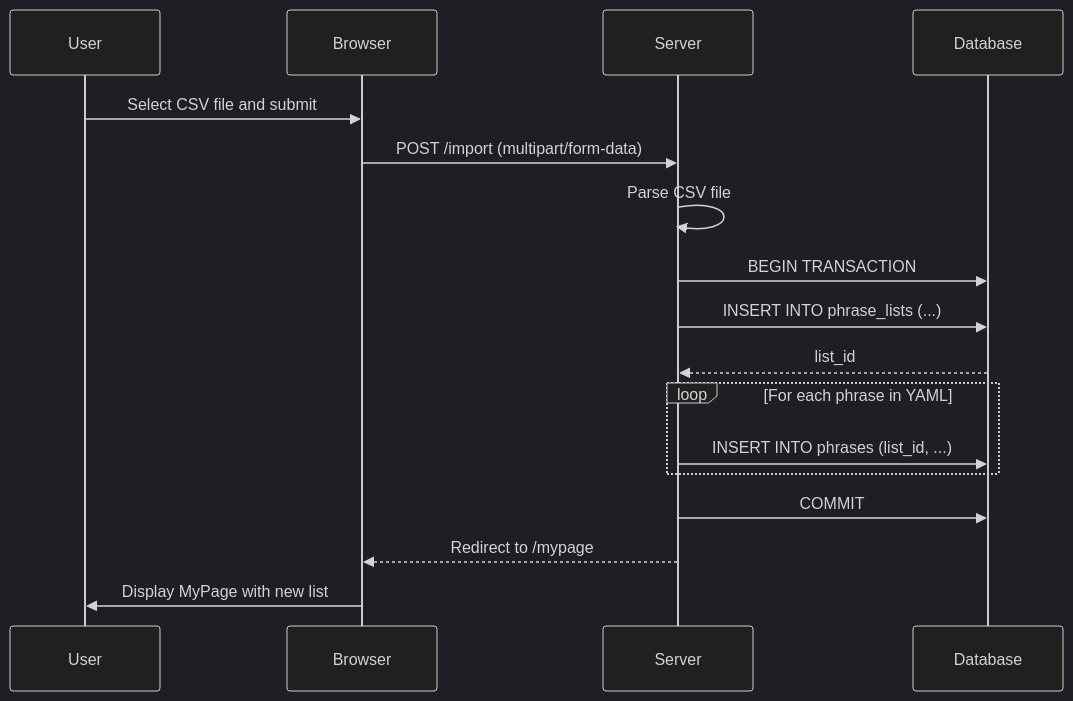
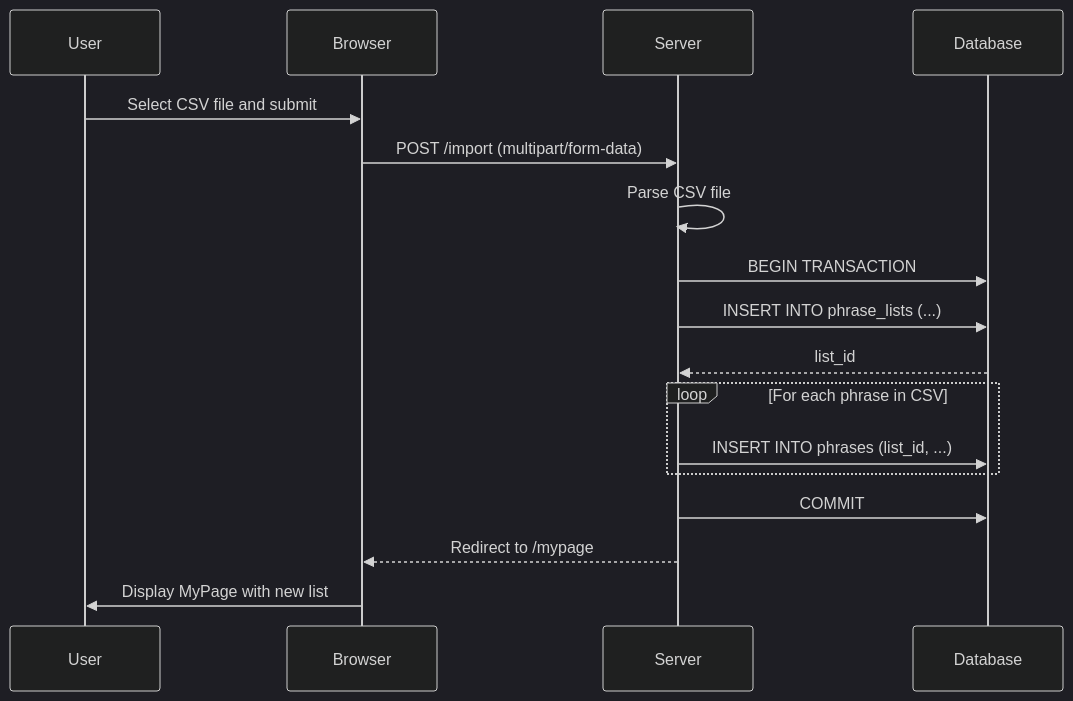
Before and after one commit to gwrhyr/sophisticate-phrase: the fifth of 5 diagrams in document/design-draft.md, drawn with Mermaid (dark theme). The commit also changed 2 other files, not shown here.

Commit message:
update: documentation updated

````diff
--- a/document/design-draft.md
+++ b/document/design-draft.md
@@ -119,20 +119,20 @@
 ```mermaid
 sequenceDiagram
     participant User
     participant Browser
     participant Server
     participant Database
 
     User->>Browser: Select CSV file and submit
 Browser->>Server: POST /import (multipart/form-data)
 Server->>Server: Parse CSV file
     Server->>Database: BEGIN TRANSACTION
     Server->>Database: INSERT INTO phrase_lists (...)
     Database-->>Server: list_id
-    loop For each phrase in YAML
+    loop For each phrase in CSV
         Server->>Database: INSERT INTO phrases (list_id, ...)
     end
     Server->>Database: COMMIT
     Server-->>Browser: Redirect to /mypage
     Browser->>User: Display MyPage with new list
 ```
````
